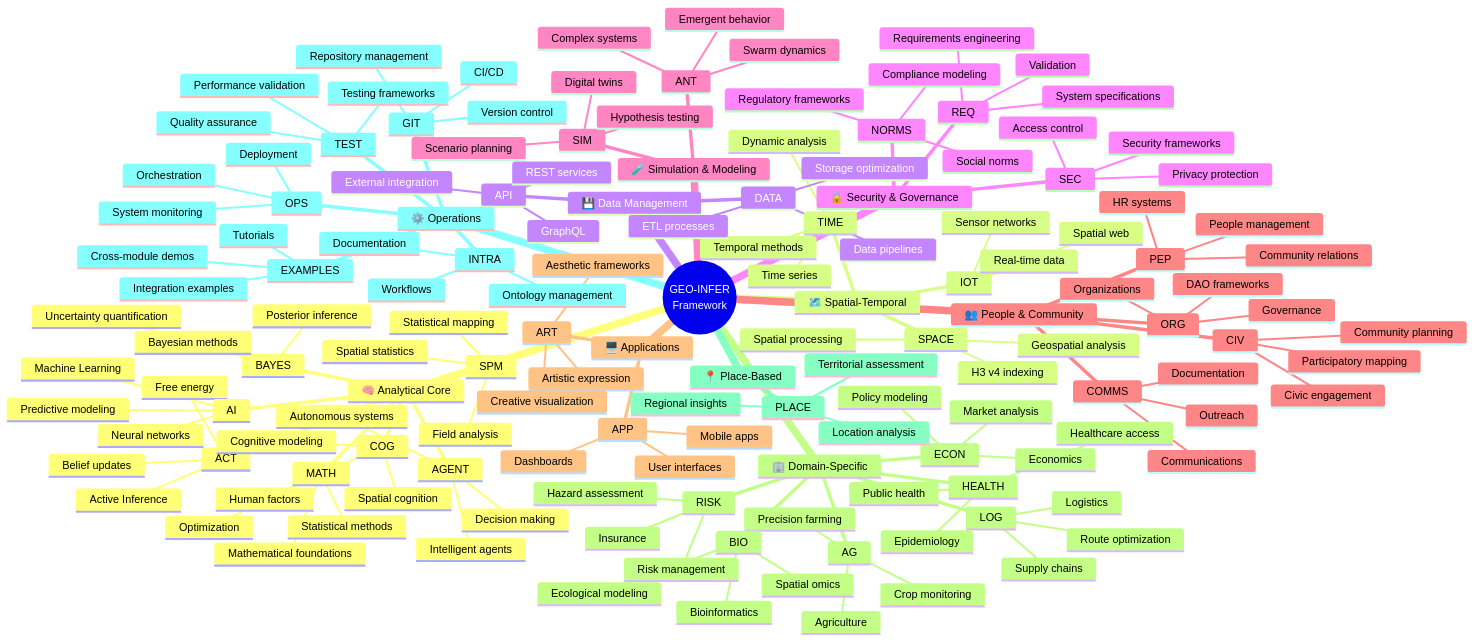
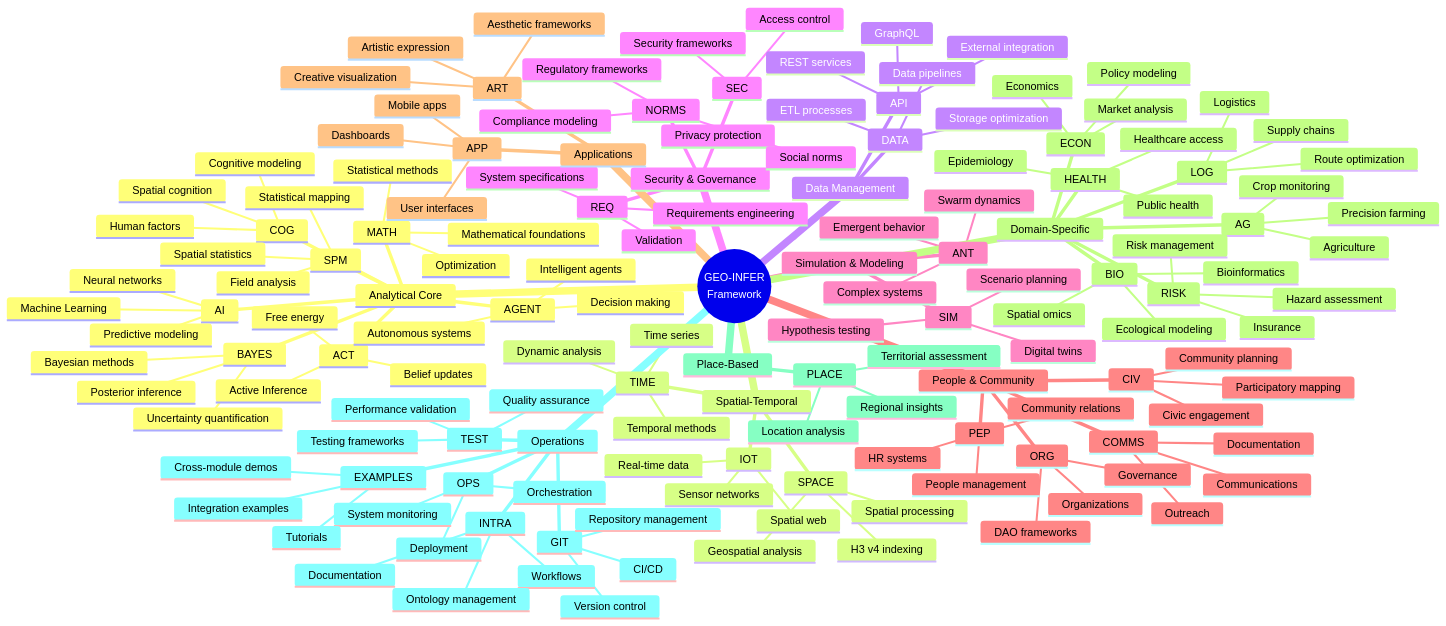
Before and after one commit to ActiveInferenceInstitute/GEO-INFER: the first of 4 diagrams in README.md, drawn with Mermaid.

````diff
--- a/README.md
+++ b/README.md
@@ -54,7 +54,7 @@
 ```mermaid
 mindmap
   root((GEO-INFER<br/>Framework))
-    🧠 Analytical Core
+    Analytical Core
       ACT
         Active Inference
         Belief updates
@@ -83,7 +83,7 @@
         Statistical mapping
         Spatial statistics
         Field analysis
-    🗺️ Spatial-Temporal
+    Spatial-Temporal
       SPACE
         H3 v4 indexing
         Geospatial analysis
@@ -96,7 +96,7 @@
         Sensor networks
         Real-time data
         Spatial web
-    💾 Data Management
+    Data Management
       DATA
         ETL processes
         Data pipelines
@@ -105,7 +105,7 @@
         REST services
         GraphQL
         External integration
-    🔒 Security & Governance
+    Security & Governance
       SEC
         Security frameworks
         Privacy protection
@@ -118,7 +118,7 @@
         Requirements engineering
         System specifications
         Validation
-    🧪 Simulation & Modeling
+    Simulation & Modeling
       SIM
         Digital twins
         Scenario planning
@@ -127,7 +127,7 @@
         Complex systems
         Emergent behavior
         Swarm dynamics
-    👥 People & Community
+    People & Community
       CIV
         Civic engagement
         Participatory mapping
@@ -144,7 +144,7 @@
         Communications
         Documentation
         Outreach
-    🖥️ Applications
+    Applications
       APP
         User interfaces
         Dashboards
@@ -153,7 +153,7 @@
         Artistic expression
         Creative visualization
         Aesthetic frameworks
-    🏢 Domain-Specific
+    Domain-Specific
       AG
         Agriculture
         Precision farming
@@ -178,12 +178,12 @@
         Public health
         Epidemiology
         Healthcare access
-    📍 Place-Based
+    Place-Based
       PLACE
         Location analysis
         Regional insights
         Territorial assessment
-    ⚙️ Operations
+    Operations
       OPS
         Orchestration
         System monitoring
````
